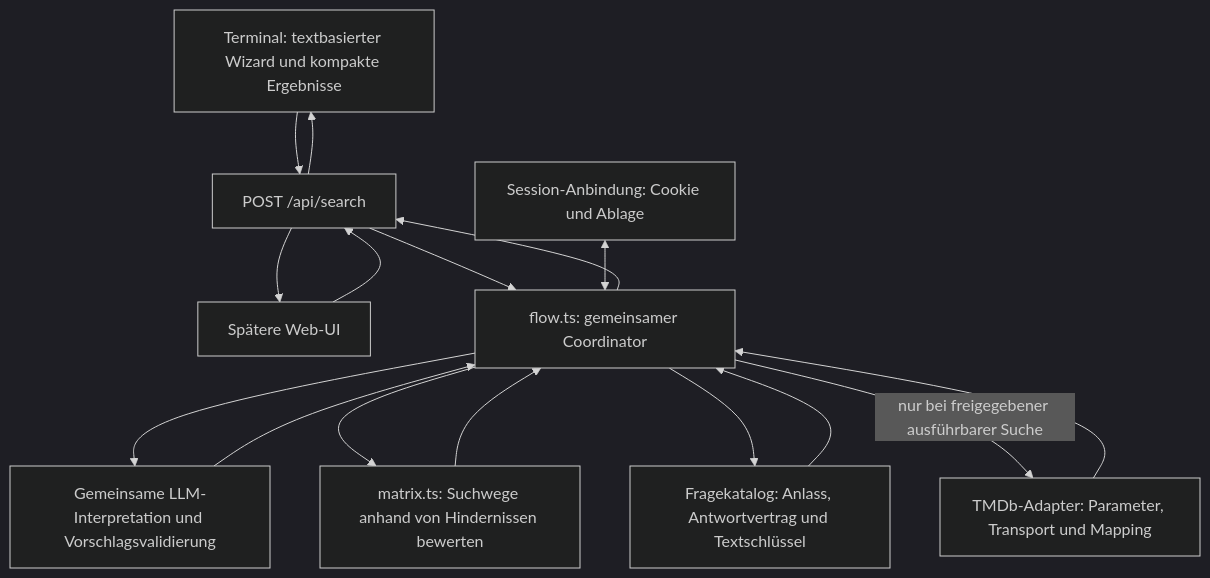
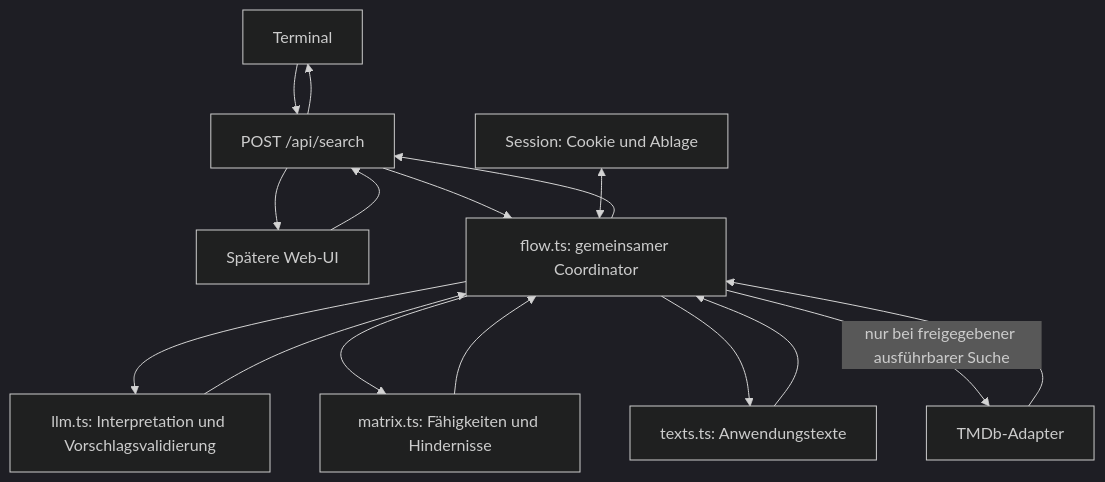
One commit to upstroke/NuxtWatch changed the diagram in docs/sucharchitektur-konzept.md. Above: the diagram before and after it, drawn with Mermaid (dark theme). The commit also changed other lines of this file and 3 other files, not shown here.

````diff
--- a/docs/sucharchitektur-konzept.md
+++ b/docs/sucharchitektur-konzept.md
@@ -13,18 +13,18 @@
 ```mermaid
 flowchart TD
-    T[Terminal: textbasierter Wizard und kompakte Ergebnisse] --> H[POST /api/search]
+    T[Terminal] --> H[POST /api/search]
     U[Spätere Web-UI] --> H
     H --> F[flow.ts: gemeinsamer Coordinator]
-    S[Session-Anbindung: Cookie und Ablage] <--> F
-    F --> L[Gemeinsame LLM-Interpretation und Vorschlagsvalidierung]
+    S[Session: Cookie und Ablage] <--> F
+    F --> L[llm.ts: Interpretation und Vorschlagsvalidierung]
     L --> F
-    F --> M[matrix.ts: Suchwege anhand von Hindernissen bewerten]
+    F --> M[matrix.ts: Fähigkeiten und Hindernisse]
     M --> F
-    F --> Q[Fragekatalog: Anlass, Antwortvertrag und Textschlüssel]
+    F --> Q[texts.ts: Anwendungstexte]
     Q --> F
-    F -->|nur bei freigegebener ausführbarer Suche| A[TMDb-Adapter: Parameter, Transport und Mapping]
+    F -->|nur bei freigegebener ausführbarer Suche| A[TMDb-Adapter]
     A --> F
     F --> H
     H --> T
     H --> U
 ```
````
